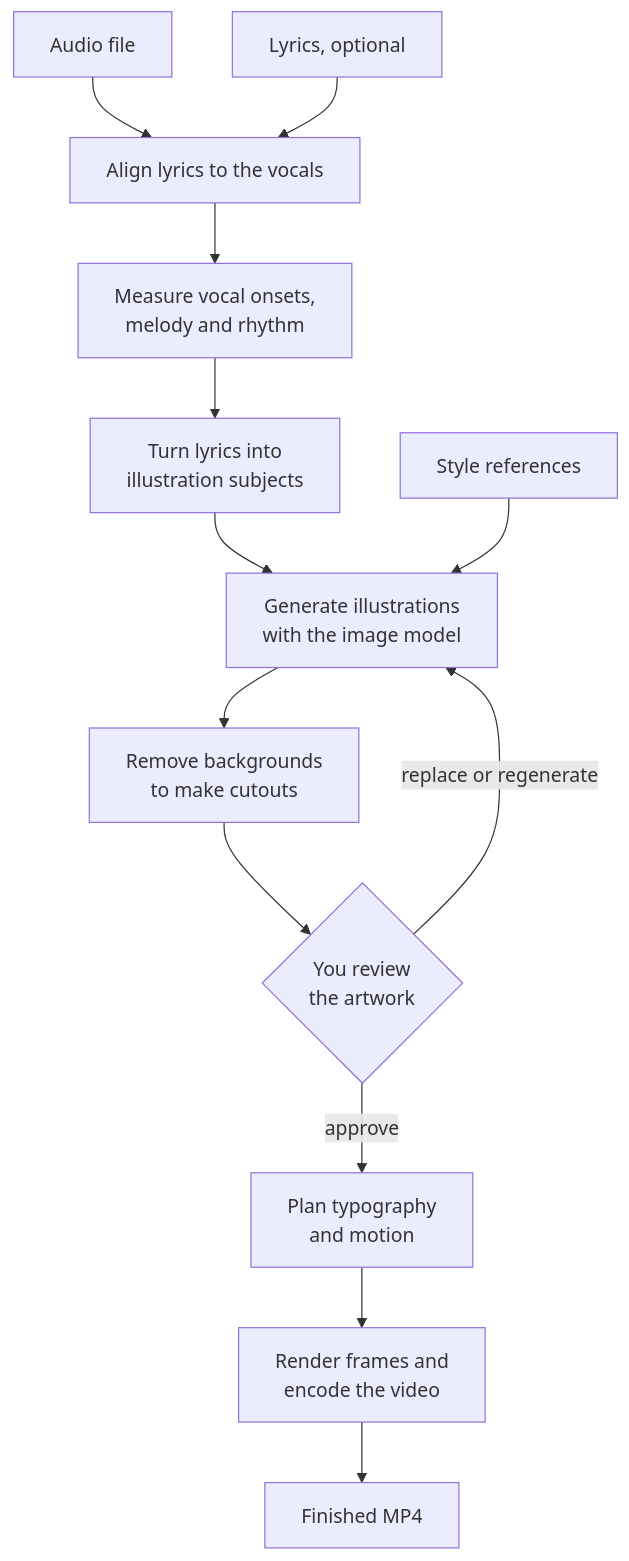
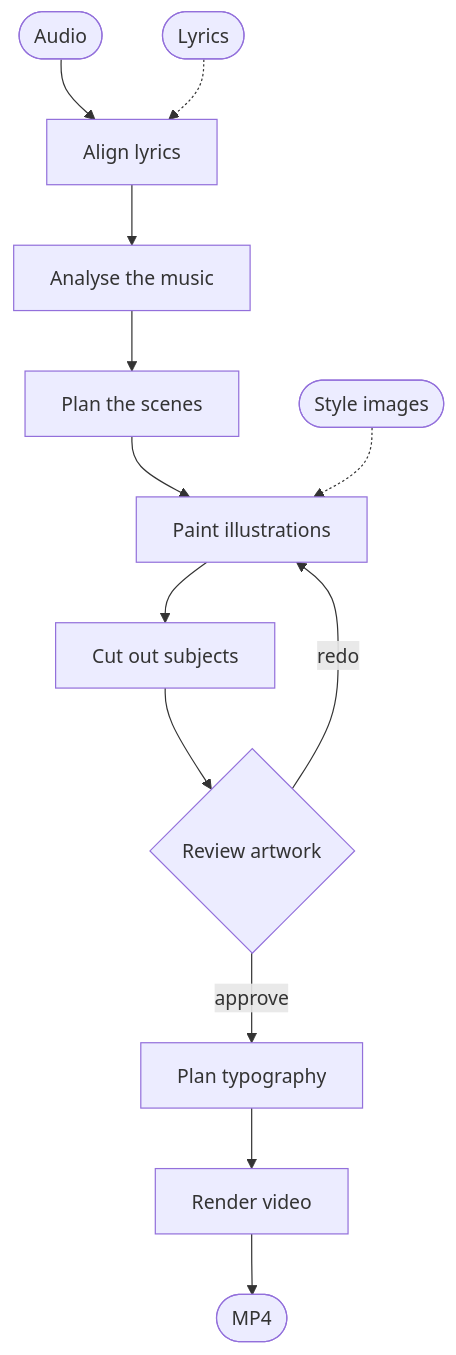
Before and after one commit to joncastillo/Kinetic_Lyrics: the first of 2 diagrams in README.md, drawn with Mermaid. The commit also changed other lines of this file and 1 other file, not shown here.

Commit message:
Shorten diagram labels so GitHub does not clip them
Use short single-line node labels and move the detail into the text
around each diagram.

````diff
--- a/README.md
+++ b/README.md
@@ -14,15 +14,15 @@
 ```mermaid
 flowchart TD
-    A[Audio file] --> B[Align lyrics to the vocals]
-    L[Lyrics, optional] --> B
-    B --> C[Measure vocal onsets,<br/>melody and rhythm]
-    C --> D[Turn lyrics into<br/>illustration subjects]
-    D --> E[Generate illustrations<br/>with the image model]
-    S[Style references] --> E
-    E --> F[Remove backgrounds<br/>to make cutouts]
-    F --> G{You review<br/>the artwork}
-    G -- replace or regenerate --> E
-    G -- approve --> H[Plan typography<br/>and motion]
-    H --> I[Render frames and<br/>encode the video]
-    I --> V[Finished MP4]
+    A([Audio]) --> B[Align lyrics]
+    L([Lyrics]) -.-> B
+    B --> C[Analyse the music]
+    C --> D[Plan the scenes]
+    D --> E[Paint illustrations]
+    S([Style images]) -.-> E
+    E --> F[Cut out subjects]
+    F --> G{Review artwork}
+    G -- redo --> E
+    G -- approve --> H[Plan typography]
+    H --> I[Render video]
+    I --> V([MP4])
 ```
````
